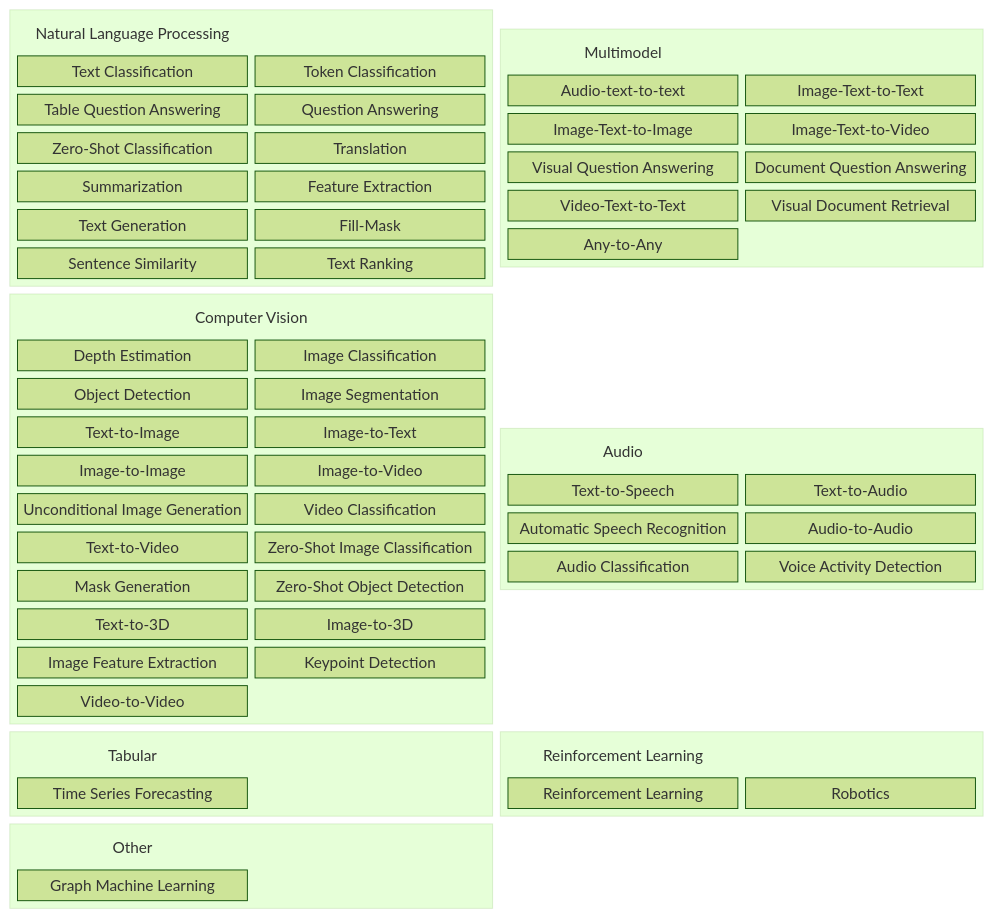
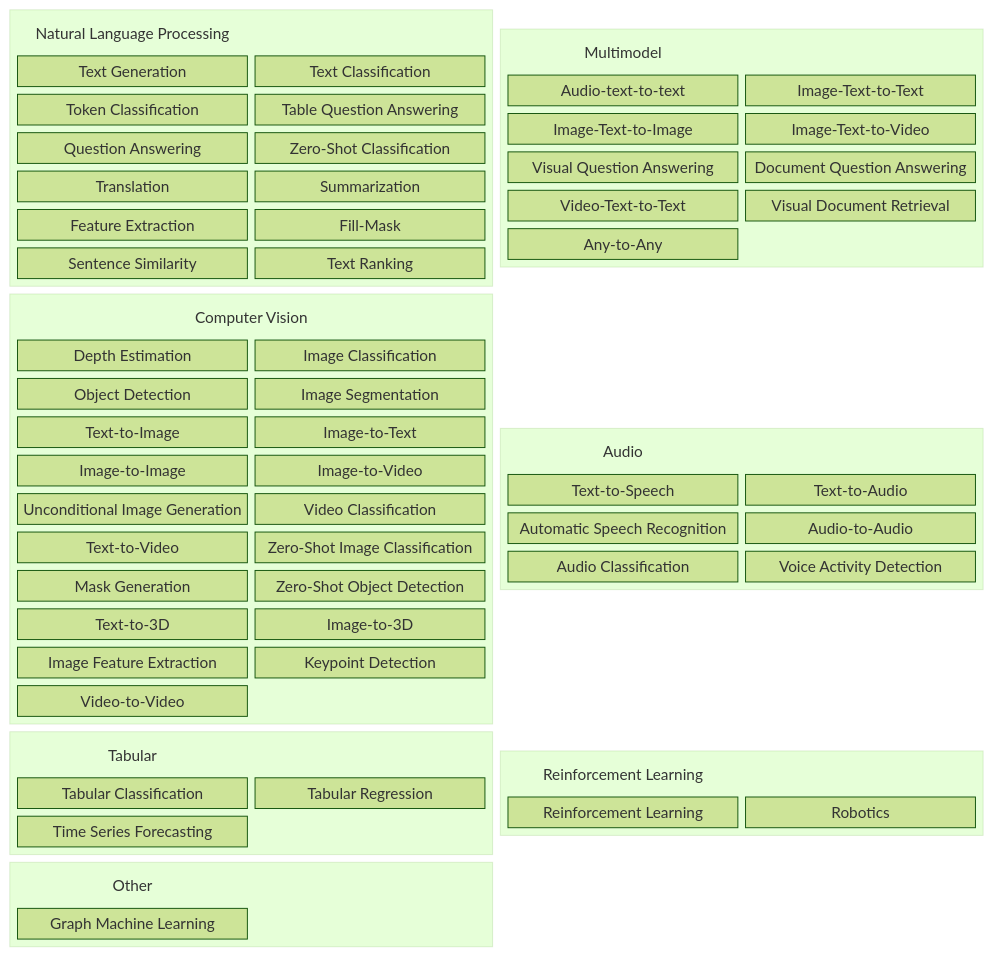
One commit to OS2sandbox/public-genai-governance changed the second of 3 diagrams in docs/minimumskrav/baggrund_objekt_for_os2AI.md. Above: the diagram before and after it, drawn with Mermaid (forest theme). The commit also changed other lines of this file, not shown here.

```diff
--- a/docs/minimumskrav/baggrund_objekt_for_os2AI.md
+++ b/docs/minimumskrav/baggrund_objekt_for_os2AI.md
@@ -57,6 +57,7 @@
     columns 2
     nlp_title["Natural Language Processing"]:2
 
+    nlp_tg["Text Generation"]
     nlp_tc["Text Classification"]
     nlp_tokc["Token Classification"]
     nlp_tqa["Table Question Answering"]
@@ -65,7 +66,6 @@
     nlp_trans["Translation"]
     nlp_sum["Summarization"]
     nlp_fe["Feature Extraction"]
-    nlp_tg["Text Generation"]
     nlp_fm["Fill-Mask"]
     nlp_ss["Sentence Similarity"]
     nlp_tr["Text Ranking"]
@@ -127,9 +127,9 @@
     columns 2
     t_title["Tabular"]:2
 
-    t_["Tabular Classification"]
-    t_["Tabular Regression"]
-    t_["Time Series Forecasting"]
+    t_tc["Tabular Classification"]
+    t_tr["Tabular Regression"]
+    t_tsf["Time Series Forecasting"]
   end
 
   block:rl:2
```
